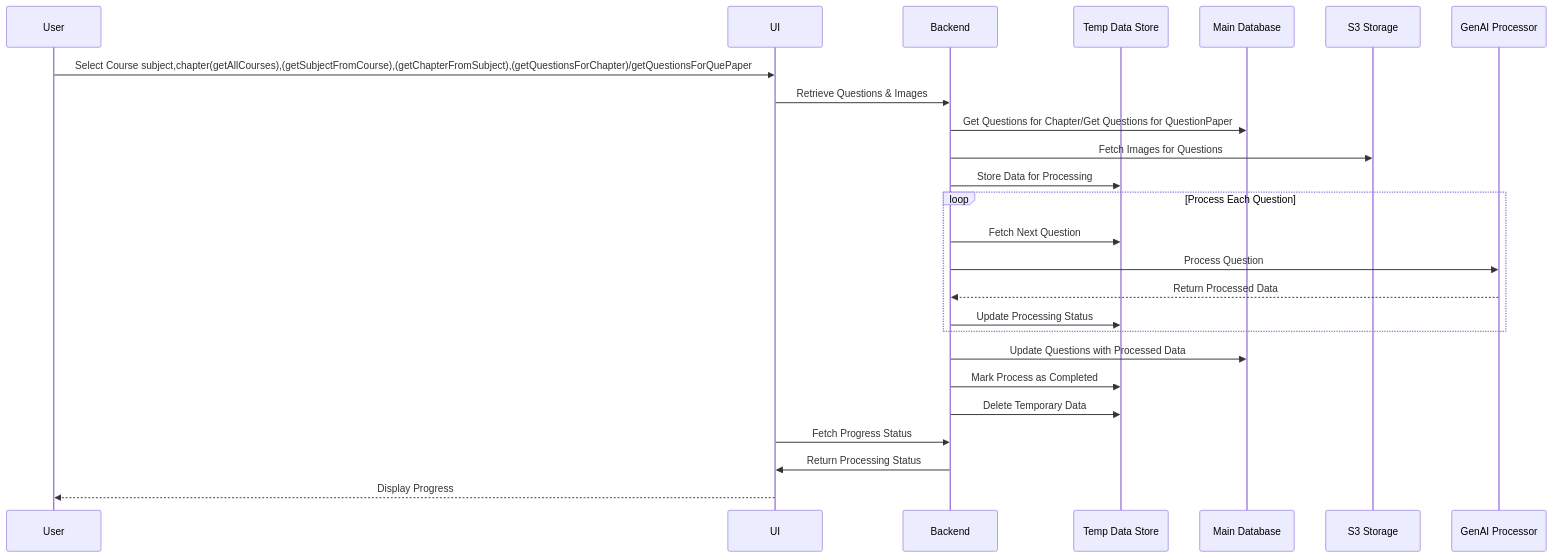
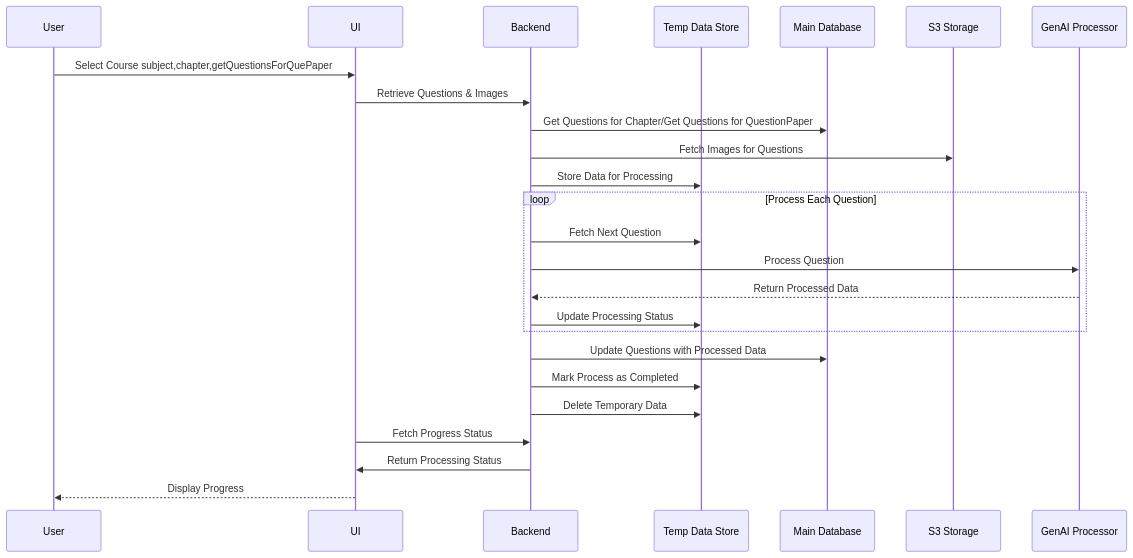
One commit to MayuriSutar12/Documentation changed the diagram in docs/sequence_digram.md. Above: the diagram before and after it, drawn with Mermaid.

````diff
--- a/docs/sequence_digram.md
+++ b/docs/sequence_digram.md
@@ -2,33 +2,33 @@
 ```mermaid
 sequenceDiagram
     participant User as User
     participant UI as UI
     participant Backend as Backend
     participant TempDB as Temp Data Store
     participant MainDB as Main Database
     participant S3 as S3 Storage
     participant GenAI as GenAI Processor
 
-    User ->> UI: Select Course subject,chapter(getAllCourses),(getSubjectFromCourse),(getChapterFromSubject),(getQuestionsForChapter)/getQuestionsForQuePaper
+    User ->> UI: Select Course subject,chapter,getQuestionsForQuePaper
     UI ->> Backend: Retrieve Questions & Images
     Backend ->> MainDB: Get Questions for Chapter/Get Questions for QuestionPaper
     Backend ->> S3: Fetch Images for Questions
     Backend ->> TempDB: Store Data for Processing
 
     loop Process Each Question
         Backend ->> TempDB: Fetch Next Question
         Backend ->> GenAI: Process Question
         GenAI -->> Backend: Return Processed Data
         Backend ->> TempDB: Update Processing Status
     end
 
     Backend ->> MainDB: Update Questions with Processed Data
     Backend ->> TempDB: Mark Process as Completed
     Backend ->> TempDB: Delete Temporary Data
 
     UI ->> Backend: Fetch Progress Status
     Backend ->> UI: Return Processing Status
     UI -->> User: Display Progress
 
 
 ```
````
